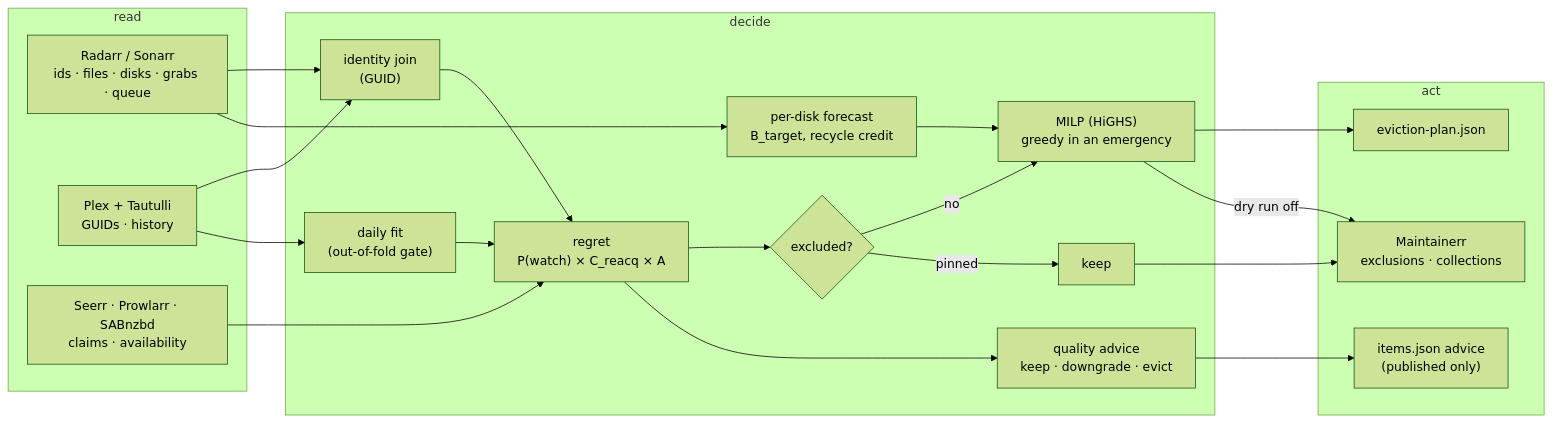
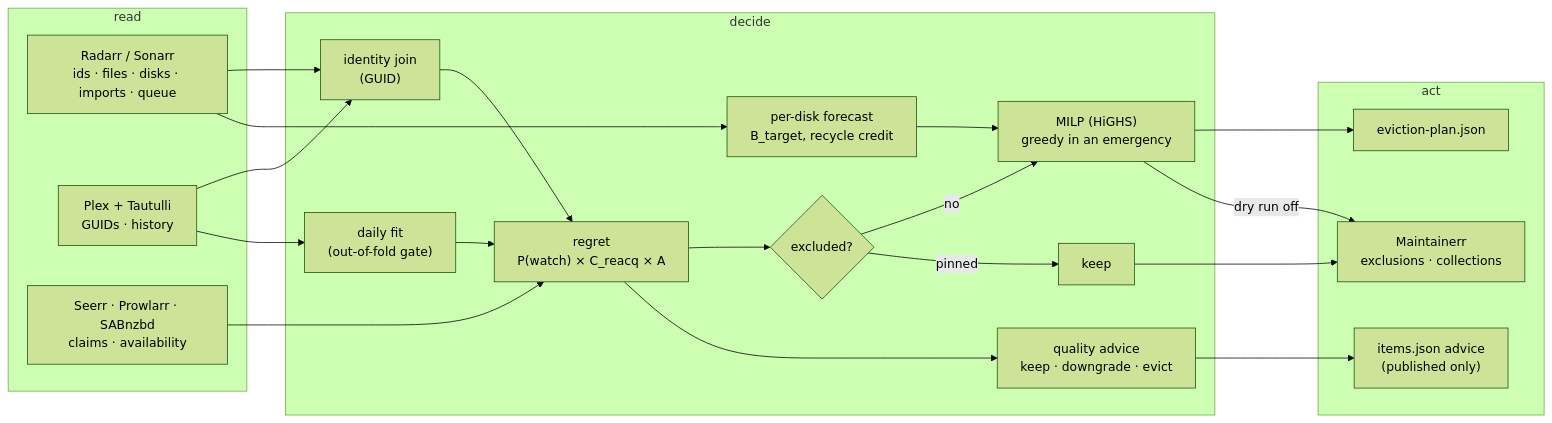
One commit to tobhoster/flinch changed the diagram in docs/how-it-works.md. Above: the diagram before and after it, drawn with Mermaid (forest theme). The commit also changed other lines of this file and 9 other files, not shown here.

First line of the commit message:
Forecast arrivals from imports, not grabs

````diff
--- a/docs/how-it-works.md
+++ b/docs/how-it-works.md
@@ -426,31 +426,31 @@
 ```mermaid
 flowchart LR
     subgraph IN["read"]
-        ARR["Radarr / Sonarr<br/>ids · files · disks · grabs · queue"]
+        ARR["Radarr / Sonarr<br/>ids · files · disks · imports · queue"]
         PX["Plex + Tautulli<br/>GUIDs · history"]
         EXT["Seerr · Prowlarr · SABnzbd<br/>claims · availability"]
     end
     subgraph DECIDE["decide"]
         ID["identity join<br/>(GUID)"] --> REG["regret<br/>P(watch) × C_reacq × A"]
         REG --> EXC{"excluded?"}
         EXC -->|no| PLAN["MILP (HiGHS)<br/>greedy in an emergency"]
         EXC -->|pinned| KEEP["keep"]
         CAP["per-disk forecast<br/>B_target, recycle credit"] --> PLAN
         FIT["daily fit<br/>(out-of-fold gate)"] --> REG
         REG --> QA["quality advice<br/>keep · downgrade · evict"]
     end
     subgraph OUT["act"]
         EP["eviction-plan.json"]
         MX["Maintainerr<br/>exclusions · collections"]
         QA_OUT["items.json advice<br/>(published only)"]
     end
     ARR --> ID
     PX --> ID
     PX --> FIT
     EXT --> REG
     ARR --> CAP
     PLAN --> EP
     PLAN -->|dry run off| MX
     KEEP --> MX
     QA --> QA_OUT
 ```
````
